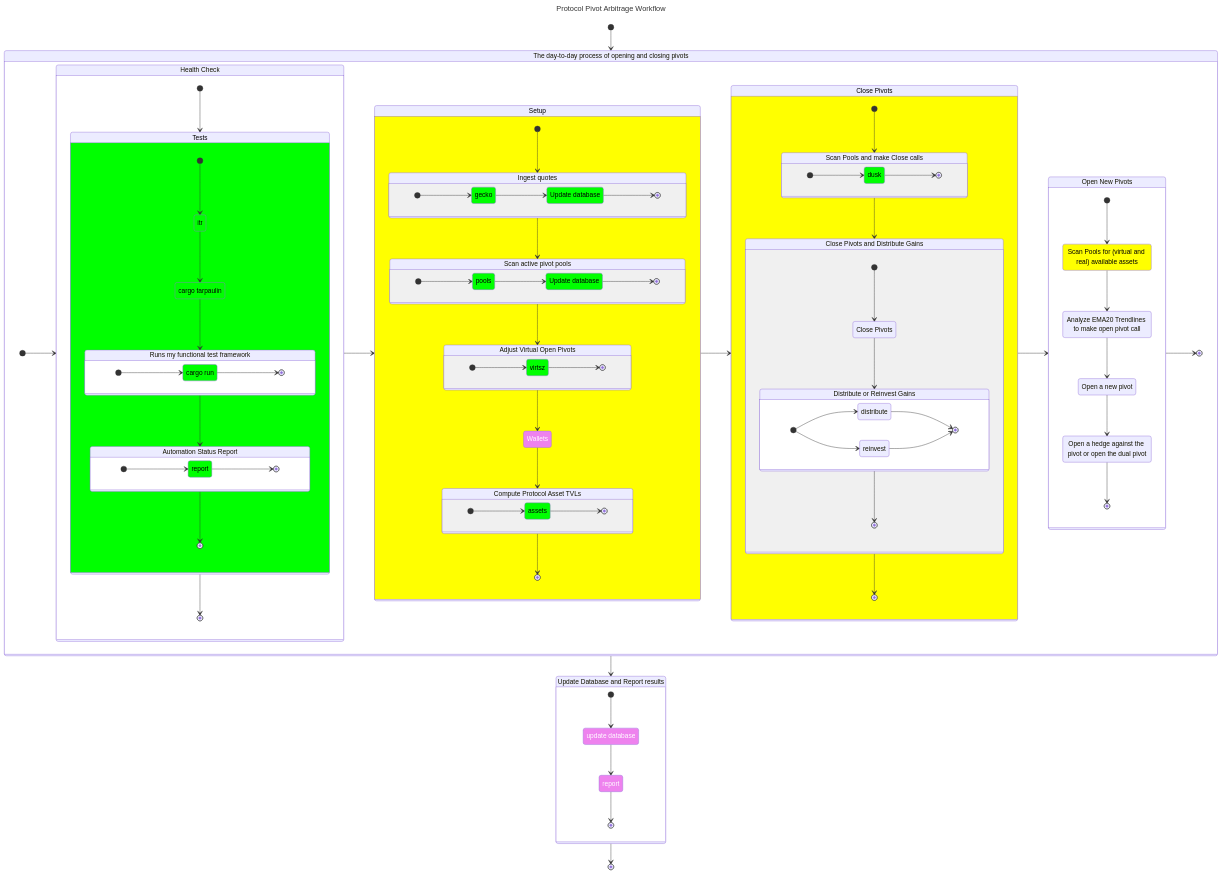
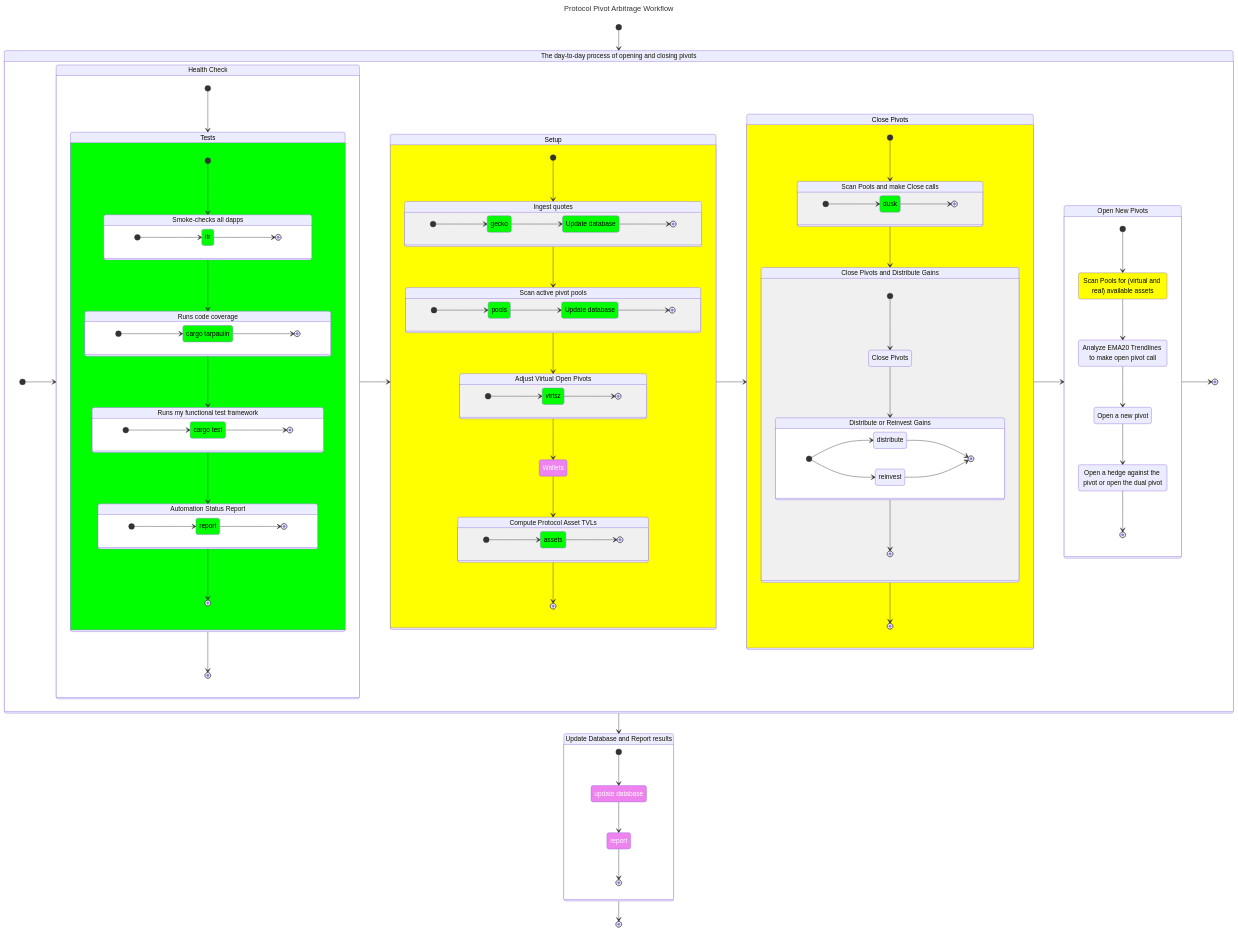
Before and after one commit to pivoteur/protocol: the diagram in dapps/README.md, drawn with Mermaid.

Commit message:
highlight each step of testing

```diff
--- a/dapps/README.md
+++ b/dapps/README.md
@@ -67,12 +67,27 @@
 
       Integration: Tests
       state Integration {
-         Tarp: cargo tarpaulin
-         [*] --> itr
-         itr --> Tarp
-         Tarp --> Func
+         [*] --> Itr
+         Itr --> Tarpaulin
+         Tarpaulin --> Func
          Func --> Rep
          Rep --> [*]
+         Itr: Smoke-checks all dapps
+         state Itr {
+            direction LR
+
+            [*] --> itr
+            itr --> [*]
+         }
+         Tarpaulin: Runs code coverage
+         state Tarpaulin {
+            direction LR
+
+            [*] --> Tarp
+            Tarp --> [*]
+
+            Tarp: cargo tarpaulin
+         }
          Func: Runs my functional test framework
          state Func {
             direction LR
@@ -80,7 +95,7 @@
             [*] --> Run
             Run --> [*]
 
-            Run: cargo run
+            Run: cargo test
          }
          Rep: Automation Status Report
          state Rep {
```
